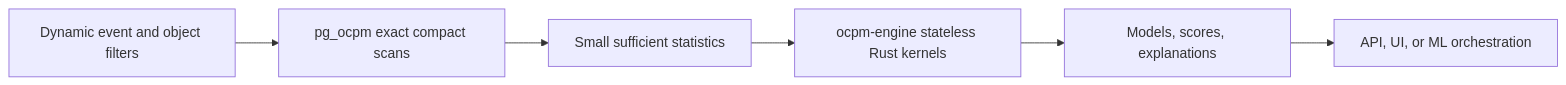
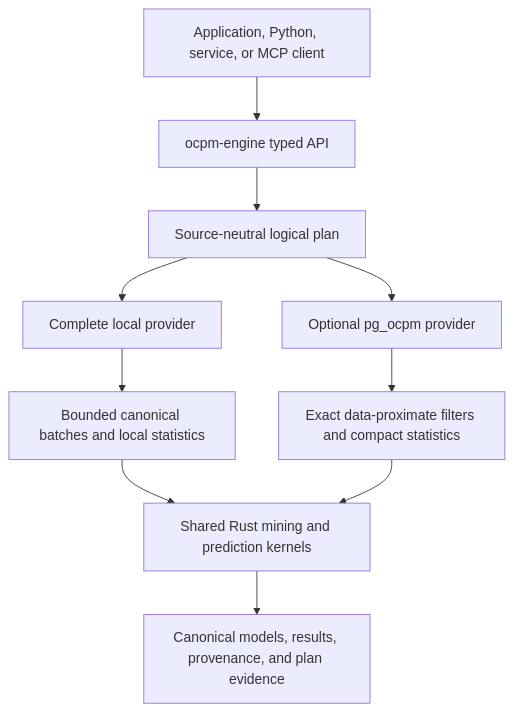
Before and after one commit to verticalbarHQ/ocpm-engine: the diagram in docs/process-mining-capability-map.md, drawn with Mermaid. The commit also changed other lines of this file and 112 other files, not shown here.

First line of the commit message:
Release ocpm-engine 1.0.0 standalone architecture (#8)

````diff
--- a/docs/process-mining-capability-map.md
+++ b/docs/process-mining-capability-map.md
@@ -48,8 +69,12 @@
 ```mermaid
-flowchart LR
-    A[Dynamic event and object filters] --> B[pg_ocpm exact compact scans]
-    B --> C[Small sufficient statistics]
-    C --> D[ocpm-engine stateless Rust kernels]
-    D --> E[Models, scores, explanations]
-    E --> F[API, UI, or ML orchestration]
+flowchart TD
+    A["Application, Python, service, or MCP client"] --> B["ocpm-engine typed API"]
+    B --> C["Source-neutral logical plan"]
+    C --> D["Complete local provider"]
+    C --> E["Optional pg_ocpm provider"]
+    D --> F["Bounded canonical batches and local statistics"]
+    E --> G["Exact data-proximate filters and compact statistics"]
+    F --> H["Shared Rust mining and prediction kernels"]
+    G --> H
+    H --> I["Canonical models, results, provenance, and plan evidence"]
 ```
````
